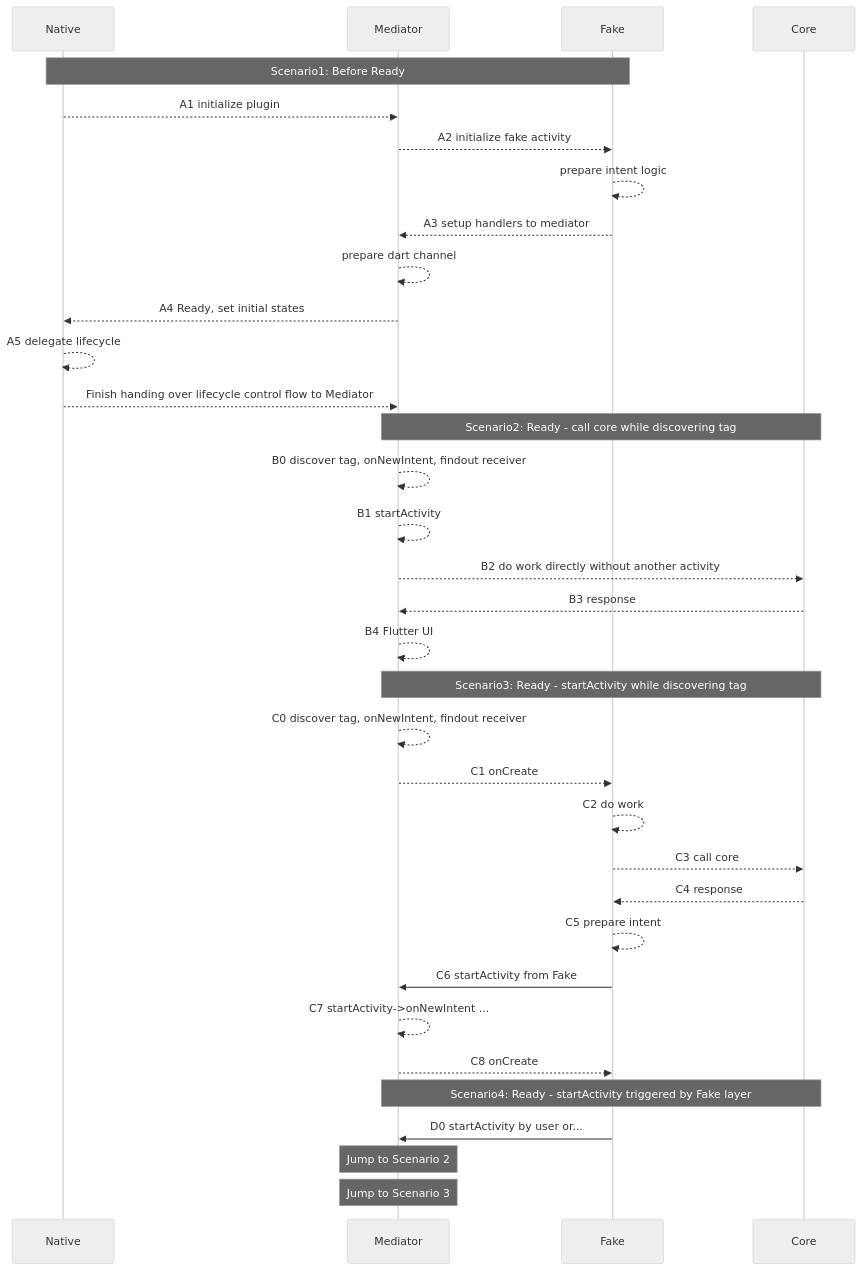
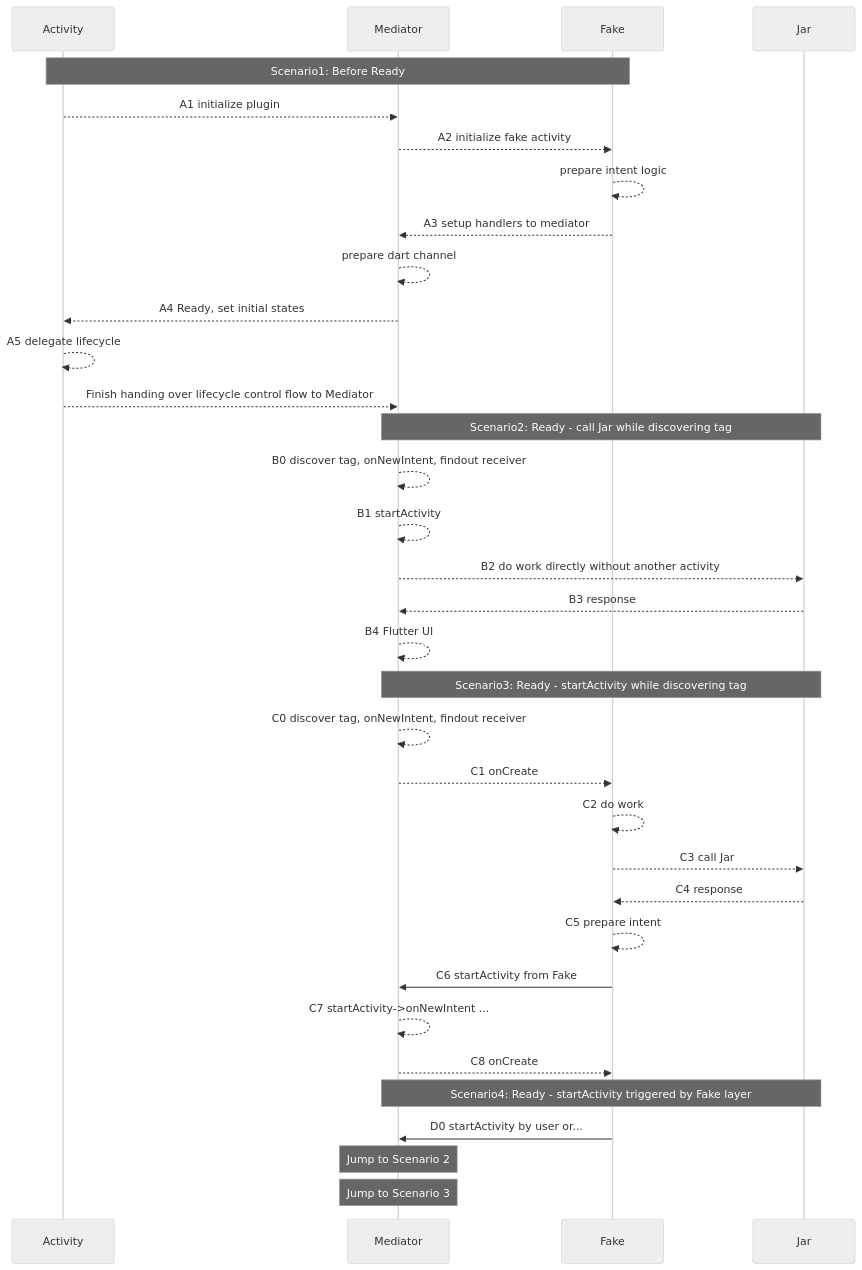
The first of 2 diagrams in flutter/android_to_flutter.md (gordianknotC/nxp_note), drawn with Mermaid (neutral theme) before and after one commit. The commit also changed other lines of this file, not shown here.

Commit message:
flutter/android_to_flutter.md updated from https://stackedit.io/

````diff
--- a/flutter/android_to_flutter.md
+++ b/flutter/android_to_flutter.md
@@ -4,51 +5,51 @@
 ```mermaid
 sequenceDiagram
-participant Native
+participant Activity
 participant Mediator
 participant Fake
-participant Core
+participant Jar
 
 
-Note over Native, Fake: Scenario1: Before Ready
+Note over Activity, Fake: Scenario1: Before Ready
 
-Native -->> Mediator: A1 initialize plugin
+Activity -->> Mediator: A1 initialize plugin
 Mediator -->> Fake: A2 initialize fake activity
 Fake -->> Fake: prepare intent logic
 Fake -->> Mediator: A3 setup handlers to mediator
 Mediator -->> Mediator: prepare dart channel
-Mediator -->> Native: A4 Ready, set initial states
-Native -->> Native: A5 delegate lifecycle
-Native -->> Mediator: Finish handing over lifecycle control flow to Mediator
+Mediator -->> Activity: A4 Ready, set initial states
+Activity -->> Activity: A5 delegate lifecycle
+Activity -->> Mediator: Finish handing over lifecycle control flow to Mediator
 
 
-Note over Mediator, Core: Scenario2: Ready - call core while discovering tag 
+Note over Mediator, Jar: Scenario2: Ready - call Jar while discovering tag 
 
 Mediator-->> Mediator: B0 discover tag, onNewIntent, findout receiver
 Mediator-->>Mediator: B1 startActivity
-Mediator-->>Core: B2 do work directly without another activity
-Core-->>Mediator: B3 response
+Mediator-->>Jar: B2 do work directly without another activity
+Jar-->>Mediator: B3 response
 Mediator-->>Mediator: B4 Flutter UI
 
 
-Note over Mediator, Core: Scenario3: Ready - startActivity while discovering tag
+Note over Mediator, Jar: Scenario3: Ready - startActivity while discovering tag
 
 Mediator-->> Mediator: C0 discover tag, onNewIntent, findout receiver
 Mediator-->>Fake: C1 onCreate
 Fake-->>Fake: C2 do work
-Fake-->>Core:C3 call core
-Core-->>Fake:C4 response
+Fake-->>Jar:C3 call Jar
+Jar-->>Fake:C4 response
 Fake-->>Fake:C5 prepare intent
 Fake->>Mediator: C6 startActivity from Fake
 Mediator-->>Mediator: C7 startActivity->onNewIntent ...
 Mediator-->>Fake: C8 onCreate
 
 
-Note over Mediator, Core: Scenario4: Ready - startActivity triggered by Fake layer
+Note over Mediator, Jar: Scenario4: Ready - startActivity triggered by Fake layer
 
 Fake->>Mediator: D0 startActivity by user or...
 
 
 Note over Mediator: Jump to Scenario 2
 Note over Mediator: Jump to Scenario 3
 
 ```
````
